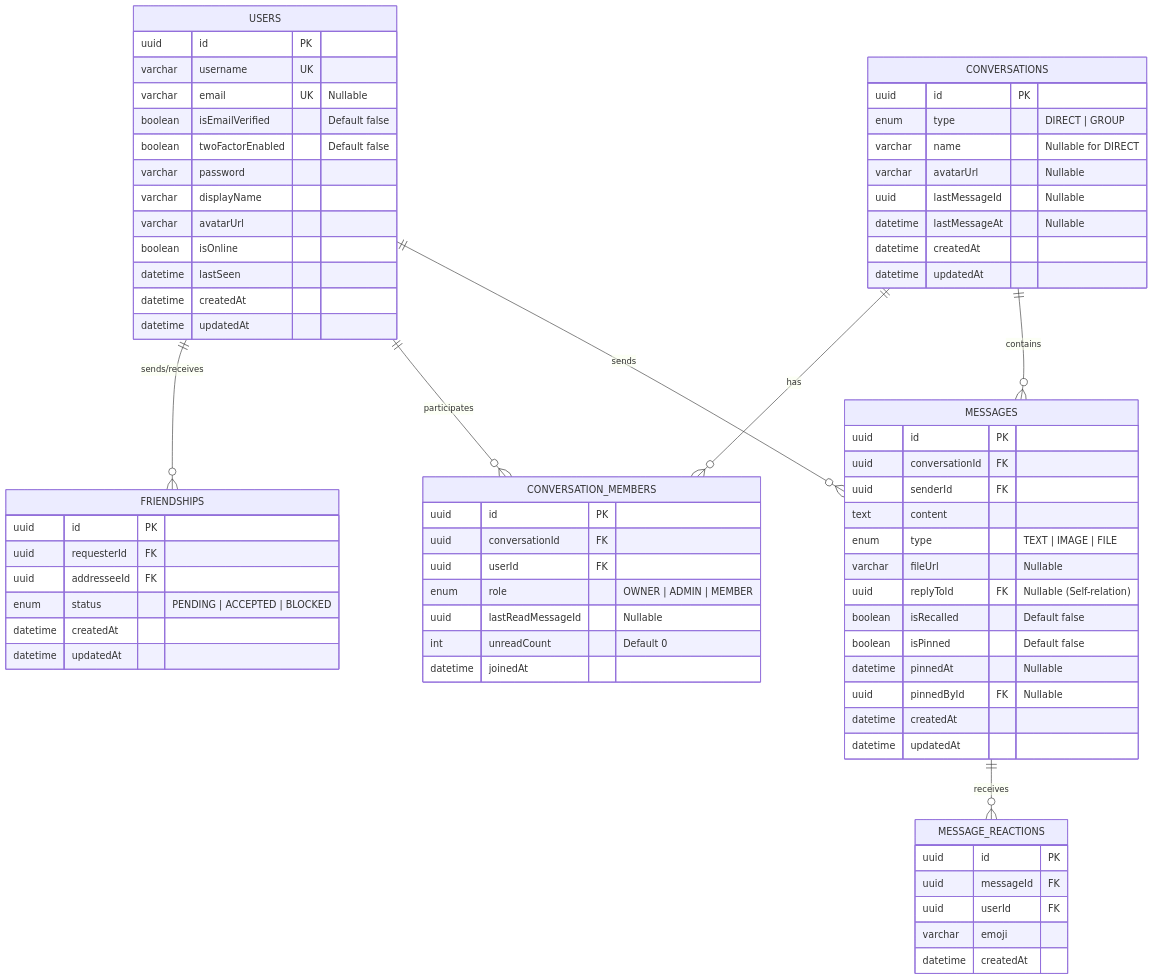
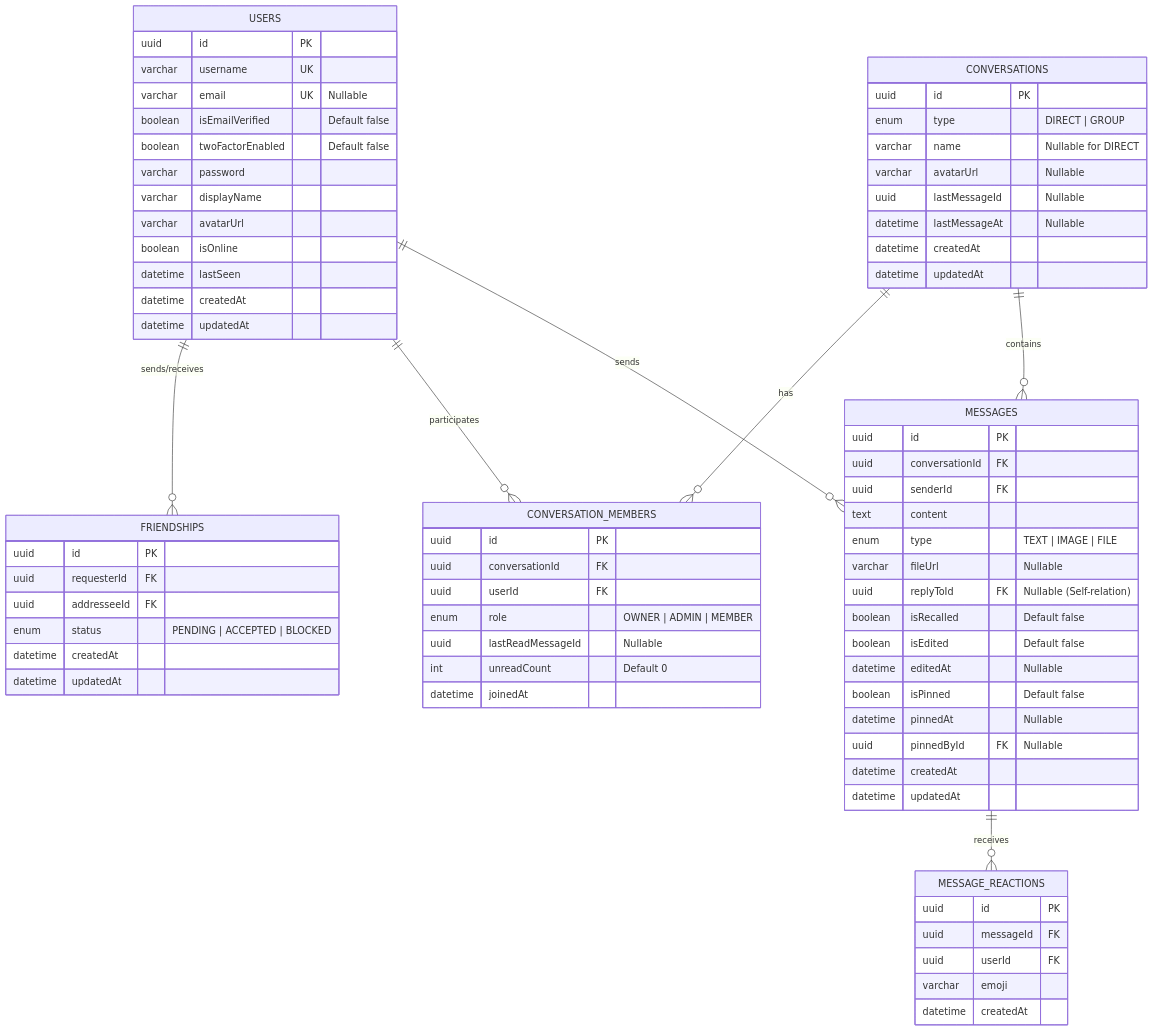
The diagram in SPEC.md (longtrandev2/ReChat), drawn with Mermaid before and after one commit. The commit also changed other lines of this file and 1 other file, not shown here.

Commit message:
docs(spec): document recall and edit endpoints, websocket events and schema updates

````diff
--- a/SPEC.md
+++ b/SPEC.md
@@ -201,78 +207,80 @@
 ```mermaid
 erDiagram
     USERS ||--o{ FRIENDSHIPS : "sends/receives"
     USERS ||--o{ CONVERSATION_MEMBERS : "participates"
     CONVERSATIONS ||--o{ CONVERSATION_MEMBERS : "has"
     CONVERSATIONS ||--o{ MESSAGES : "contains"
     USERS ||--o{ MESSAGES : "sends"
     MESSAGES ||--o{ MESSAGE_REACTIONS : "receives"
 
     USERS {
         uuid id PK
         varchar username UK
         varchar email UK "Nullable"
         boolean isEmailVerified "Default false"
         boolean twoFactorEnabled "Default false"
         varchar password
         varchar displayName
         varchar avatarUrl
         boolean isOnline
         datetime lastSeen
         datetime createdAt
         datetime updatedAt
     }
 
     FRIENDSHIPS {
         uuid id PK
         uuid requesterId FK
         uuid addresseeId FK
         enum status "PENDING | ACCEPTED | BLOCKED"
         datetime createdAt
         datetime updatedAt
     }
 
     CONVERSATIONS {
         uuid id PK
         enum type "DIRECT | GROUP"
         varchar name "Nullable for DIRECT"
         varchar avatarUrl "Nullable"
         uuid lastMessageId "Nullable"
         datetime lastMessageAt "Nullable"
         datetime createdAt
         datetime updatedAt
     }
 
     CONVERSATION_MEMBERS {
         uuid id PK
         uuid conversationId FK
         uuid userId FK
         enum role "OWNER | ADMIN | MEMBER"
         uuid lastReadMessageId "Nullable"
         int unreadCount "Default 0"
         datetime joinedAt
     }
 
     MESSAGES {
         uuid id PK
         uuid conversationId FK
         uuid senderId FK
         text content
         enum type "TEXT | IMAGE | FILE"
         varchar fileUrl "Nullable"
         uuid replyToId FK "Nullable (Self-relation)"
         boolean isRecalled "Default false"
+        boolean isEdited "Default false"
+        datetime editedAt "Nullable"
         boolean isPinned "Default false"
         datetime pinnedAt "Nullable"
         uuid pinnedById FK "Nullable"
         datetime createdAt
         datetime updatedAt
     }
 
     MESSAGE_REACTIONS {
         uuid id PK
         uuid messageId FK
         uuid userId FK
         varchar emoji
         datetime createdAt
     }
 ```
````
